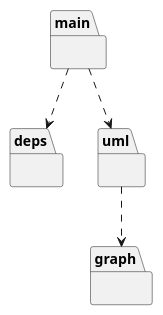
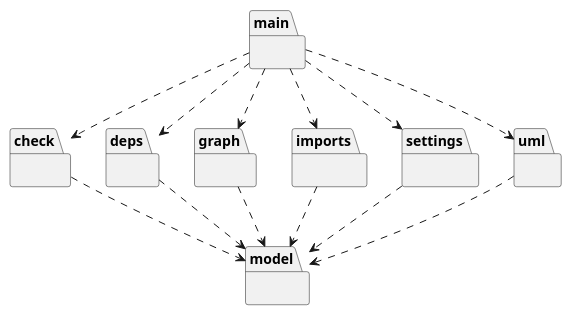
One commit to funkwerk/depend changed the diagram in README.md. Above: the diagram before and after it, drawn with PlantUML. The commit also changed other lines of this file and 3 other files, not shown here.

```diff
--- a/README.md
+++ b/README.md
@@ -34,10 +34,23 @@
     @startuml
+    package check {}
     package deps {}
     package graph {}
+    package imports {}
     package main {}
+    package model {}
+    package settings {}
     package uml {}
 
+    check ..> model
+    deps ..> model
+    graph ..> model
+    imports ..> model
+    main ..> check
     main ..> deps
+    main ..> graph
+    main ..> imports
+    main ..> settings
     main ..> uml
-    uml ..> graph
+    settings ..> model
+    uml ..> model
     @enduml
```
